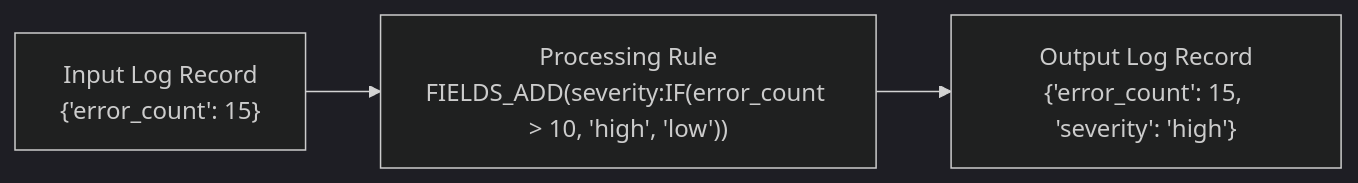
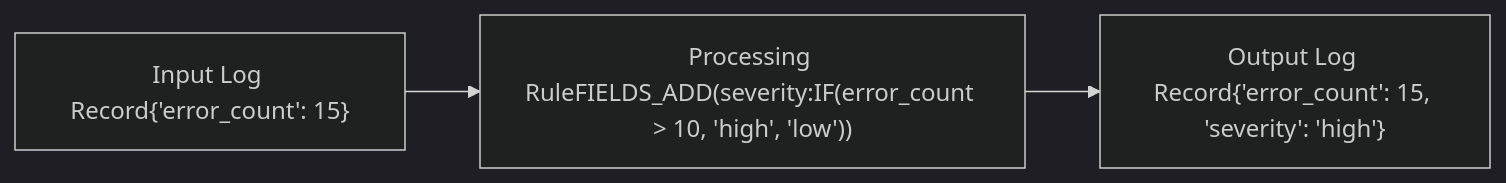
Before and after one commit to Marc-Nueno-Montolio/EC_onsite: diagram 14 of 18 in app/courses/01-log-monitoring/sections/05-create-log-processing-rules/content.md, drawn with Mermaid (dark theme). The commit also changed other lines of this file and 7 other files, not shown here.

````diff
--- a/app/courses/01-log-monitoring/sections/05-create-log-processing-rules/content.md
+++ b/app/courses/01-log-monitoring/sections/05-create-log-processing-rules/content.md
@@ -186,7 +192,7 @@
-	```mermaid
-	graph LR
-	    id1["Input Log Record<br>{'error_count': 15}"] -->
-	    id2["Processing Rule<br>FIELDS_ADD(severity:IF(error_count > 10, 'high', 'low'))"] -->
-	    id3["Output Log Record<br>{'error_count': 15, 'severity': 'high'}"]
-	
-	```
+```mermaid
+graph LR
+	id1["Input Log Record{'error_count': 15}"] -->
+	id2["Processing RuleFIELDS_ADD(severity:IF(error_count > 10, 'high', 'low'))"] -->
+	id3["Output Log Record{'error_count': 15, 'severity': 'high'}"]
+
+```
````
